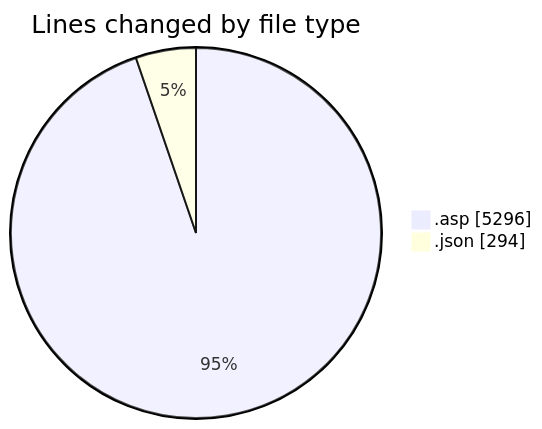
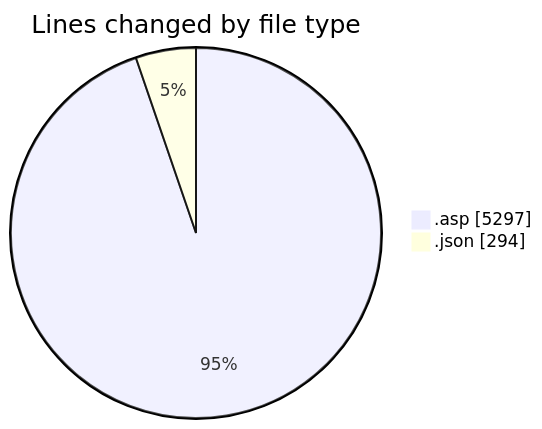
One commit to julien-gomy/code-tracking changed the first of 2 diagrams in 2025-10-27/usr_aleoudev_fr__workspace_/README.md. Above: the diagram before and after it, drawn with Mermaid. The commit also changed other lines of this file and 1 other file, not shown here.

````diff
--- a/2025-10-27/usr_aleoudev_fr__workspace_/README.md
+++ b/2025-10-27/usr_aleoudev_fr__workspace_/README.md
@@ -26,6 +26,6 @@
 ```mermaid
 pie showData
 title Lines changed by file type
-".asp" : 5296
+".asp" : 5297
 ".json" : 294
 ```
````
